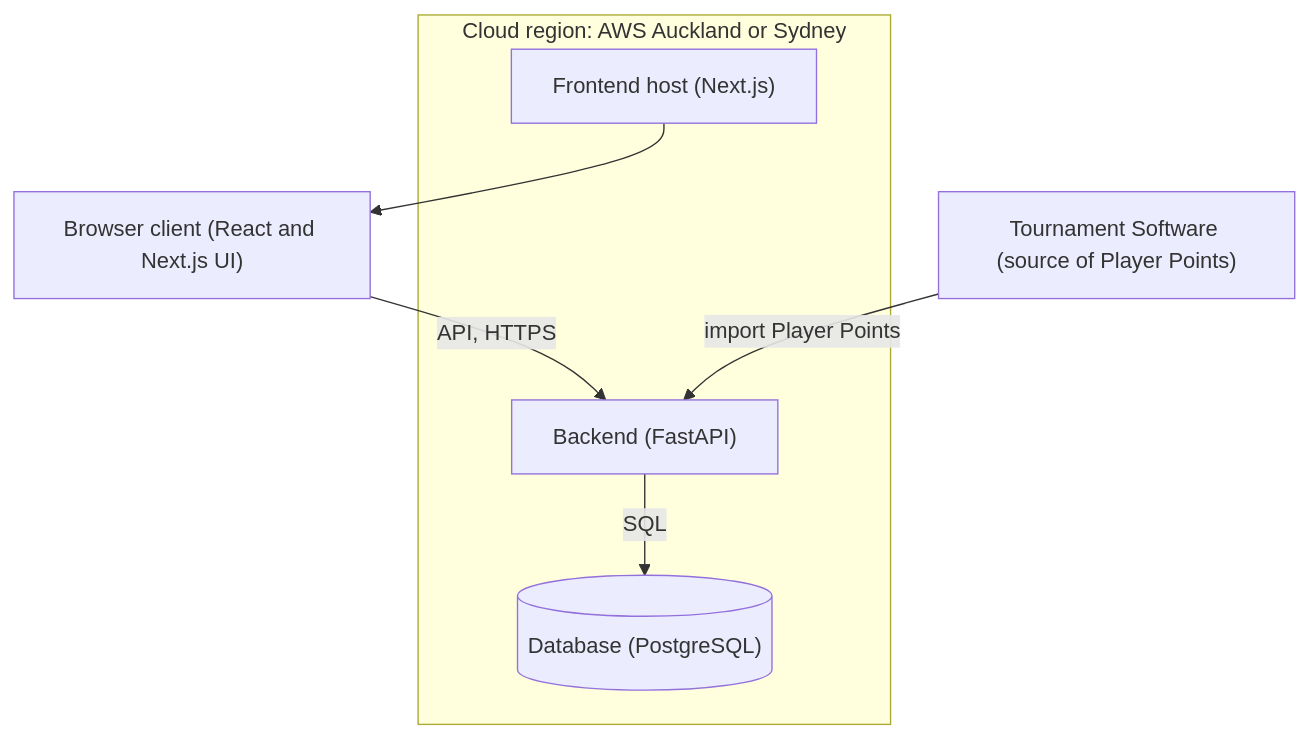
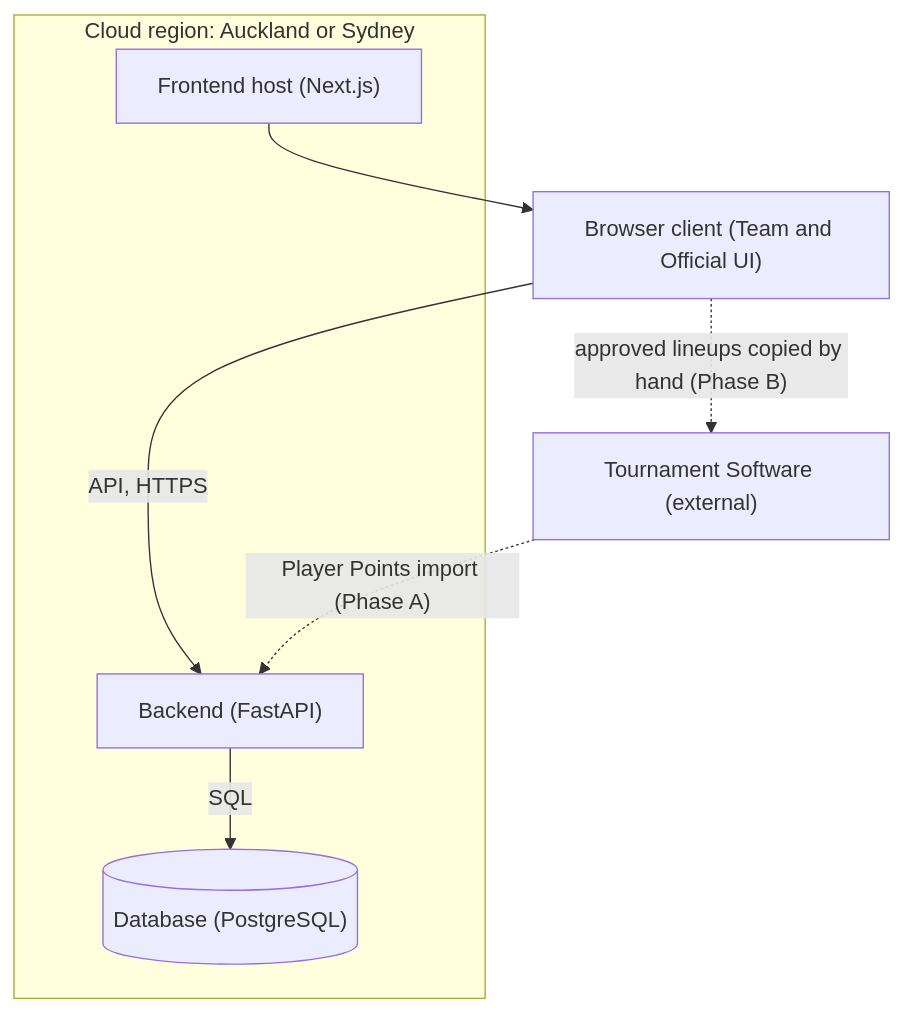
The first of 6 diagrams in docs/technical.md (vincenttao04/badminton-nz-teams-be), drawn with Mermaid before and after one commit. The commit also changed other lines of this file and 6 other files, not shown here.

````diff
--- a/docs/technical.md
+++ b/docs/technical.md
@@ -31,14 +33,15 @@
 ```mermaid
 flowchart TD
-    TS["Tournament Software (source of Player Points)"]
-    BR["Browser client (React and Next.js UI)"]
-    subgraph Cloud["Cloud region: AWS Auckland or Sydney"]
+    TS["Tournament Software (external)"]
+    BR["Browser client (Team and Official UI)"]
+    subgraph Cloud["Cloud region: Auckland or Sydney"]
         FE["Frontend host (Next.js)"]
         BE["Backend (FastAPI)"]
         DB[("Database (PostgreSQL)")]
     end
     FE --> BR
     BR -->|"API, HTTPS"| BE
-    TS -->|"import Player Points"| BE
     BE -->|SQL| DB
+    TS -.->|"Player Points import (Phase A)"| BE
+    BR -.->|"approved lineups copied by hand (Phase B)"| TS
 ```
````
